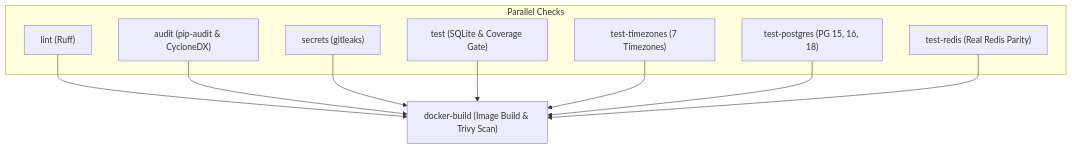
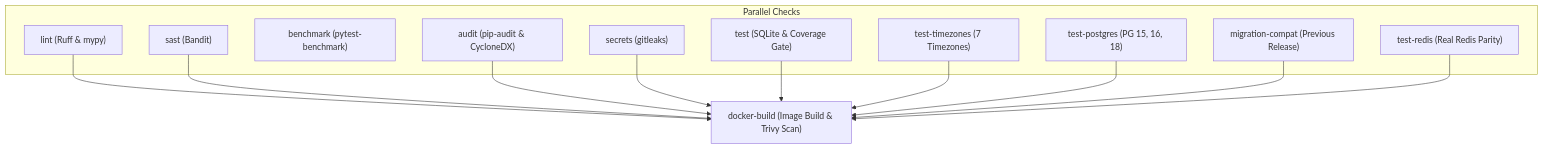
The second of 2 diagrams in docs/TESTING.md (nadeko0/fastapi_e-commerce_backend), drawn with Mermaid before and after one commit. The commit also changed other lines of this file and 8 other files, not shown here.

````diff
--- a/docs/TESTING.md
+++ b/docs/TESTING.md
@@ -25,19 +25,24 @@
 ```mermaid
 flowchart TD
     subgraph Parallel Checks
-        lint["lint (Ruff)"]
+        lint["lint (Ruff & mypy)"]
+        sast["sast (Bandit)"]
+        benchmark["benchmark (pytest-benchmark)"]
         audit["audit (pip-audit & CycloneDX)"]
         secrets["secrets (gitleaks)"]
         test["test (SQLite & Coverage Gate)"]
         test_tz["test-timezones (7 Timezones)"]
         test_pg["test-postgres (PG 15, 16, 18)"]
+        migration_compat["migration-compat (Previous Release)"]
         test_redis["test-redis (Real Redis Parity)"]
     end
     lint --> docker_build["docker-build (Image Build & Trivy Scan)"]
+    sast --> docker_build
     audit --> docker_build
     secrets --> docker_build
     test --> docker_build
     test_tz --> docker_build
     test_pg --> docker_build
+    migration_compat --> docker_build
     test_redis --> docker_build
 ```
````
